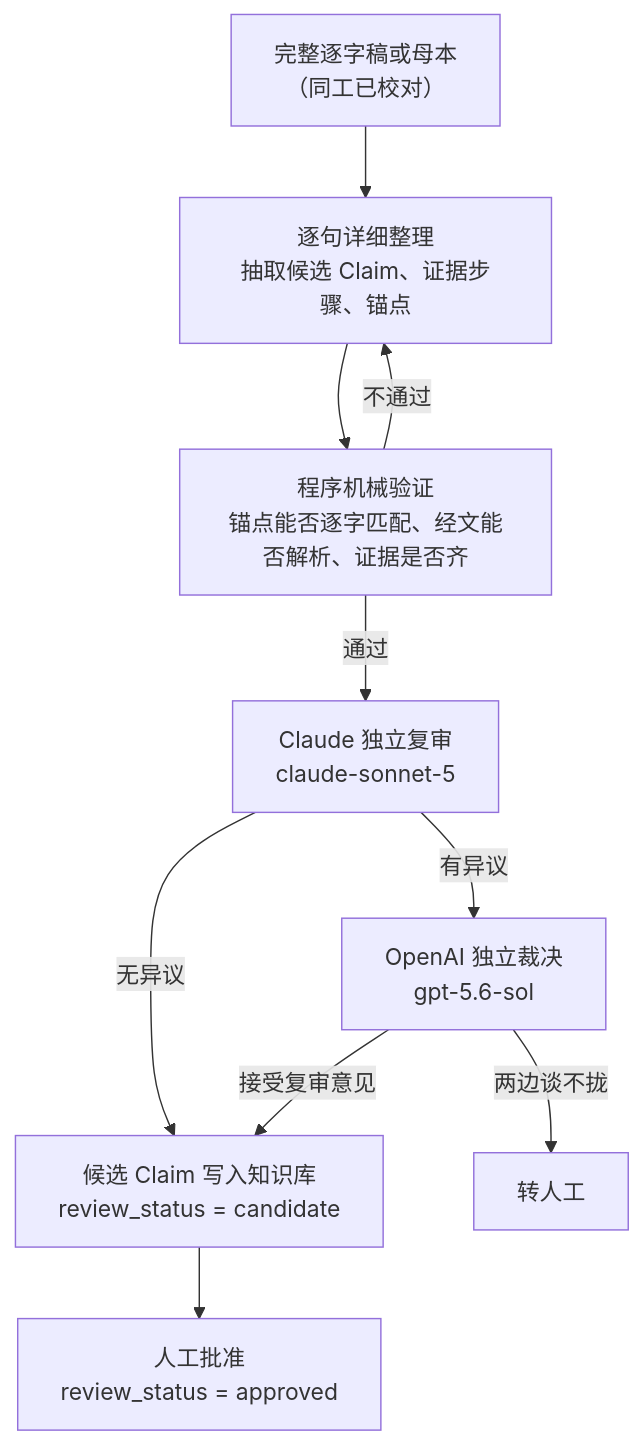
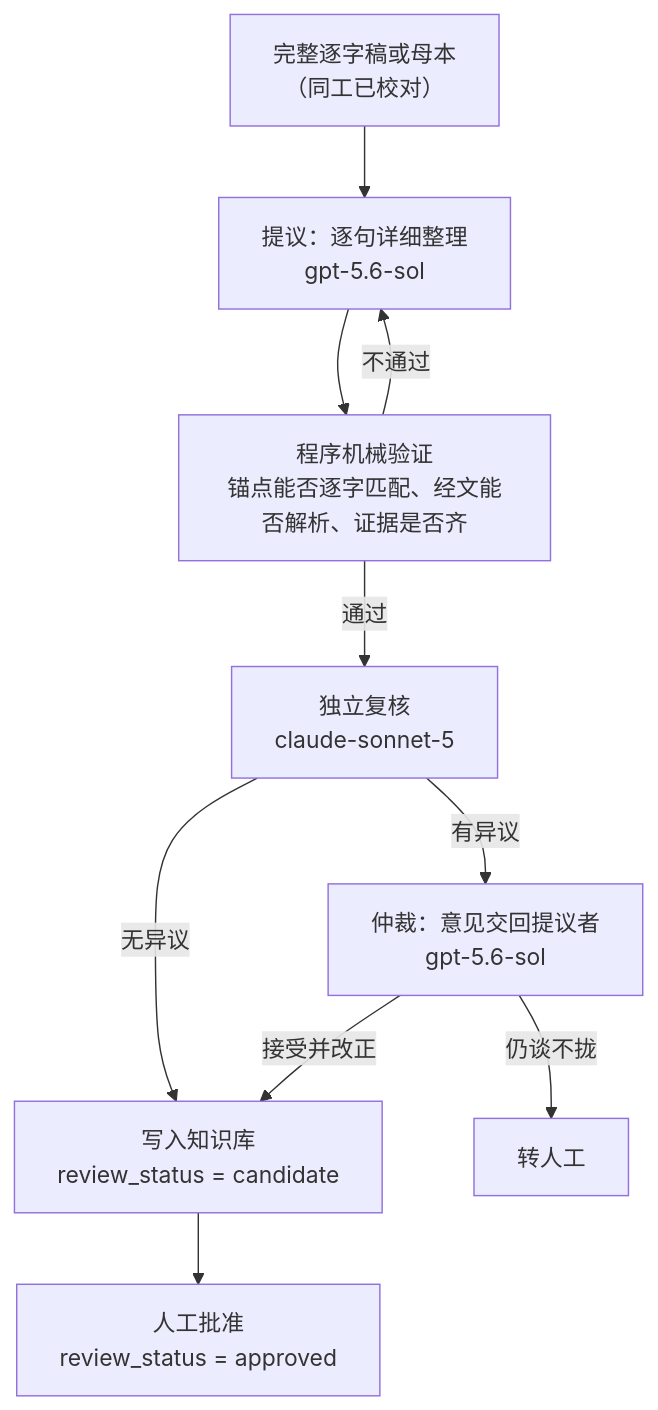
Before and after one commit to junyang168/smart-answer: the second of 2 diagrams in docs/wang-knowledge-platform/20-knowledge/claim_design.md, drawn with Mermaid. The commit also changed other lines of this file, not shown here.

Commit message:
docs: correct the Claim pipeline -- GPT proposes here too
I wrote that this layer reverses the viewpoint layer's roles, with Claude
reviewing and OpenAI adjudicating, and called the asymmetry unexplained.
There is no asymmetry. detailed_knowledge_extraction_runner.py:85 sets
DEFAULT_MODEL = "gpt-5.6-sol" and runs through the Codex subscription
client, so gpt-5.6-sol proposes here exactly as it does for viewpoints,
Claude reviews, and findings go back to the proposer to arbitrate.

The error came from a grep for `"--...model", default=` that found
nothing in that runner, and I wrote a conclusion from the absence instead
of opening the file. Same shape as the three failures earlier today: a
partial read that agreed with what I already expected.

The only real difference is the reviewer's tier -- claude-sonnet-5 here,
claude-opus-5 for viewpoints -- and the diagram now names the proposer.

Claude-Session: https://claude.ai/code/session_01BaBiWCSUMTKbYagMUKc4zj

````diff
--- a/docs/wang-knowledge-platform/20-knowledge/claim_design.md
+++ b/docs/wang-knowledge-platform/20-knowledge/claim_design.md
@@ -77,12 +77,12 @@
 ```mermaid
 flowchart TD
-    T["完整逐字稿或母本<br/>（同工已校对）"] --> E["逐句详细整理<br/>抽取候选 Claim、证据步骤、锚点"]
+    T["完整逐字稿或母本<br/>（同工已校对）"] --> E["提议：逐句详细整理<br/>gpt-5.6-sol"]
     E --> M["程序机械验证<br/>锚点能否逐字匹配、经文能否解析、证据是否齐"]
     M -->|"不通过"| E
-    M -->|"通过"| C["Claude 独立复审<br/>claude-sonnet-5"]
-    C -->|"无异议"| K["候选 Claim 写入知识库<br/>review_status = candidate"]
-    C -->|"有异议"| O["OpenAI 独立裁决<br/>gpt-5.6-sol"]
-    O -->|"接受复审意见"| K
-    O -->|"两边谈不拢"| H["转人工"]
+    M -->|"通过"| C["独立复核<br/>claude-sonnet-5"]
+    C -->|"无异议"| K["写入知识库<br/>review_status = candidate"]
+    C -->|"有异议"| O["仲裁：意见交回提议者<br/>gpt-5.6-sol"]
+    O -->|"接受并改正"| K
+    O -->|"仍谈不拢"| H["转人工"]
     K --> A["人工批准<br/>review_status = approved"]
 ```
````
